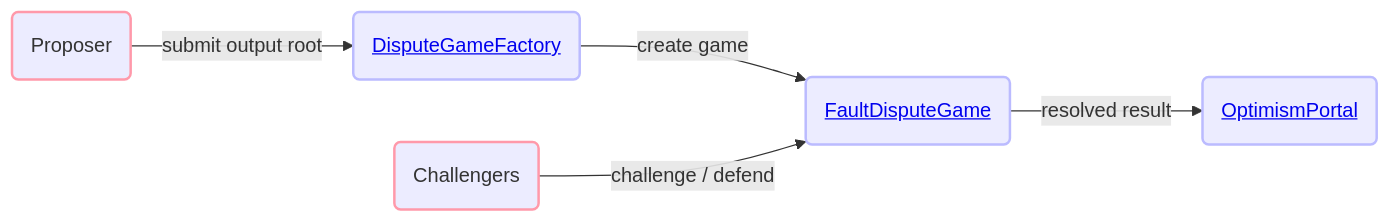
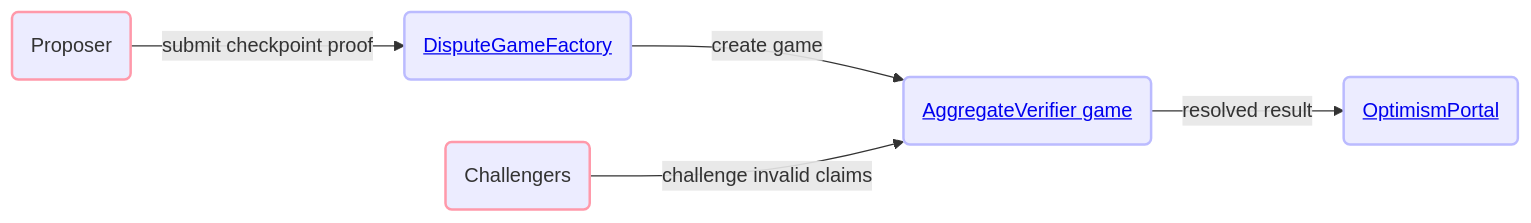
One commit to base/docs changed the sixth of 8 diagrams in docs/base-chain/specs/protocol/overview.mdx. Above: the diagram before and after it, drawn with Mermaid. The commit also changed other lines of this file and 29 other files, not shown here.

Commit message:
docs(base-chain): remove fault proof specs

````diff
--- a/docs/base-chain/specs/protocol/overview.mdx
+++ b/docs/base-chain/specs/protocol/overview.mdx
@@ -248,18 +248,18 @@
 ```mermaid
 graph LR
     Proposer(Proposer)
-    DGF(<a href="./fault-proof/stage-one/dispute-game-interface.html#disputegamefactory-interface">DisputeGameFactory</a>)
-    FDG(<a href="./fault-proof/stage-one/fault-dispute-game.html">FaultDisputeGame</a>)
+    DGF(<a href="./proofs/contracts.html#disputegamefactory">DisputeGameFactory</a>)
+    Game(<a href="./proofs/contracts.html#aggregateverifier">AggregateVerifier game</a>)
     Challengers(Challengers)
     OP(<a href="./bridging/withdrawals.html#the-optimism-portal-contract">OptimismPortal</a>)
 
-    Proposer -->|submit output root| DGF
-    DGF -->|create game| FDG
-    Challengers -->|challenge / defend| FDG
-    FDG -->|resolved result| OP
+    Proposer -->|submit checkpoint proof| DGF
+    DGF -->|create game| Game
+    Challengers -->|challenge invalid claims| Game
+    Game -->|resolved result| OP
 
     classDef l1 stroke:#bbf,stroke-width:2px;
     classDef systemUser stroke:#f9a,stroke-width:2px;
-    class DGF,FDG,OP l1;
+    class DGF,Game,OP l1;
     class Proposer,Challengers systemUser;
 ```
````
